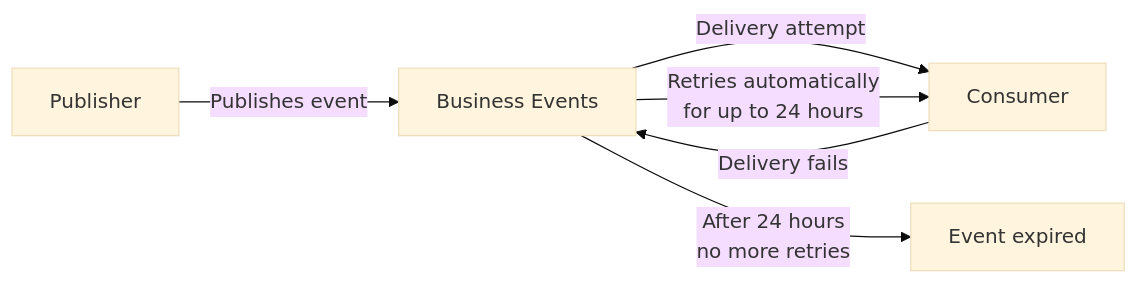
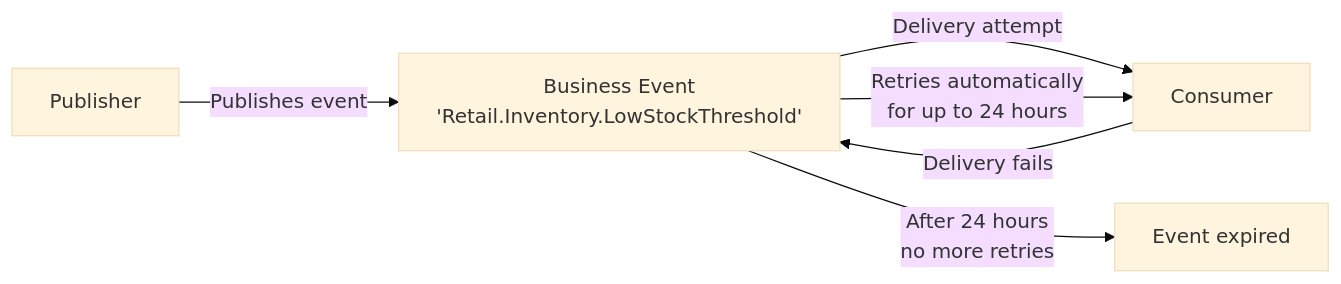
The diagram in docs/business-events/design-guides/handling-retries.md (microsoft/fabric-events), drawn with Mermaid (base theme) before and after one commit. The commit also changed other lines of this file and 9 other files, not shown here.

First line of the commit message:
Standardize Business Event diagram nodes across all articles

````diff
--- a/docs/business-events/design-guides/handling-retries.md
+++ b/docs/business-events/design-guides/handling-retries.md
@@ -9,8 +9,8 @@
 ```mermaid
 flowchart LR
-    P[Publisher] -->|Publishes event| BE[Business Events]
+    P[Publisher] -->|Publishes event| BE[Business Event\n'Retail.Inventory.LowStockThreshold']
     BE -->|Delivery attempt| C[Consumer]
     C -->|Delivery fails| BE
     BE -->|Retries automatically\nfor up to 24 hours| C
     BE -->|After 24 hours\nno more retries| X[Event expired]
 ```
````
